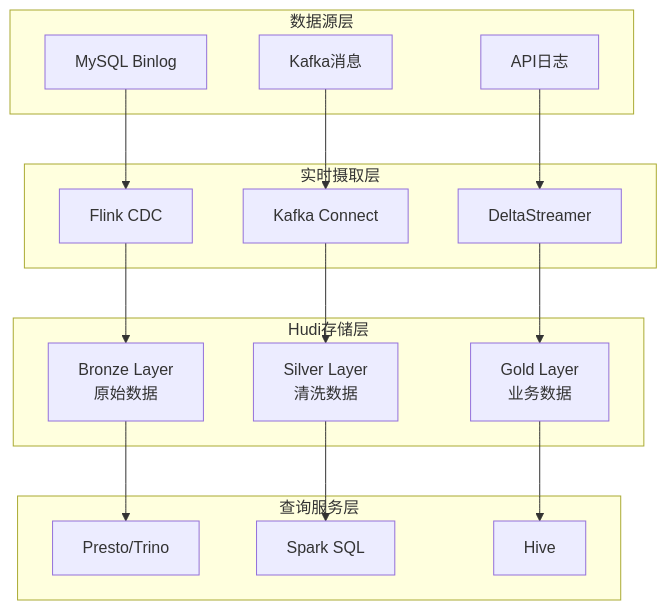
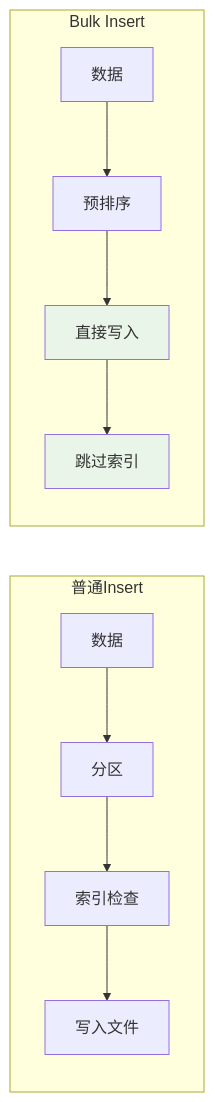
One commit to ralph-wren/TechStack-Handbook changed diagram 16 of 39 in 29.hudi.md. Above: the diagram before and after it, drawn with Mermaid. The commit also changed other lines of this file and 2 other files, not shown here.

````diff
--- a/29.hudi.md
+++ b/29.hudi.md
@@ -1066,38 +945,17 @@
 ```mermaid
-graph TB
-    subgraph "数据源层"
-        A1["MySQL Binlog"]
-        A2["Kafka消息"]
-        A3["API日志"]
+graph LR
+    subgraph "普通Insert"
+        A1["数据"] --> B1["分区"]
+        B1 --> C1["索引检查"]
+        C1 --> D1["写入文件"]
     end
     
-    subgraph "实时摄取层"
-        B1["Flink CDC"]
-        B2["Kafka Connect"]
-        B3["DeltaStreamer"]
+    subgraph "Bulk Insert"
+        A2["数据"] --> B2["预排序"]
+        B2 --> C2["直接写入"]
+        C2 --> D2["跳过索引"]
     end
     
-    subgraph "Hudi存储层"
-        C1["Bronze Layer<br/>原始数据"]
-        C2["Silver Layer<br/>清洗数据"]
-        C3["Gold Layer<br/>业务数据"]
-    end
-    
-    subgraph "查询服务层"
-        D1["Presto/Trino"]
-        D2["Spark SQL"]
-        D3["Hive"]
-    end
-    
-    A1 --> B1
-    A2 --> B2
-    A3 --> B3
-    
-    B1 --> C1
-    B2 --> C2
-    B3 --> C3
-    
-    C1 --> D1
-    C2 --> D2
-    C3 --> D3
+    style C2 fill:#e8f5e8
+    style D2 fill:#e8f5e8
 ```
````
